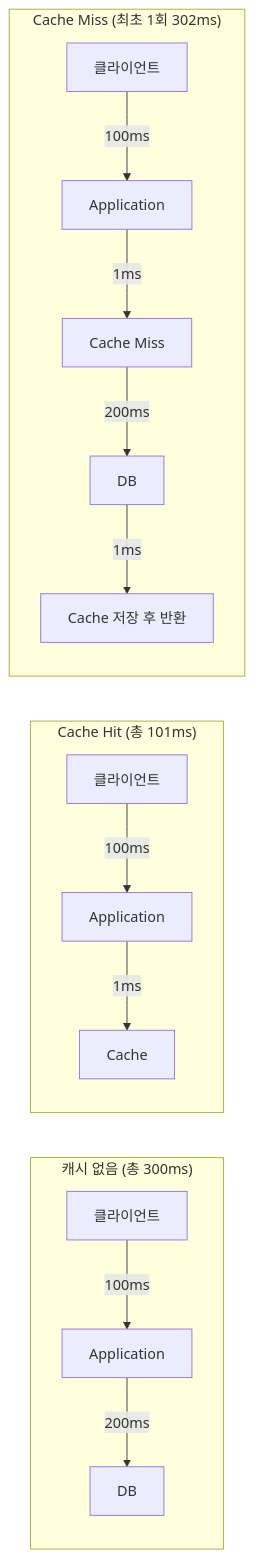
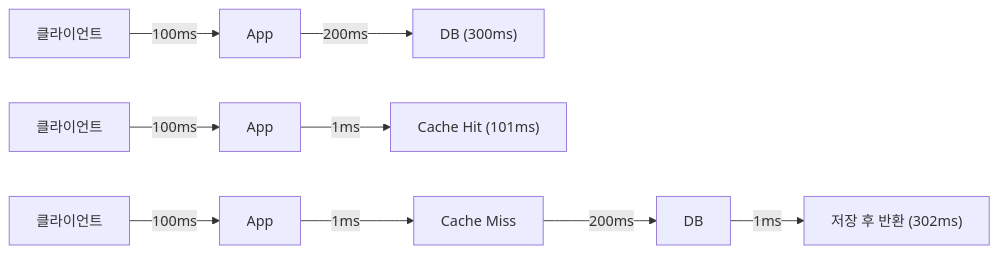
Before and after one commit to yjkim2015/yjkim2015.github.io: the first of 6 diagrams in _posts/caching/2026-05-01-caching-strategy.md, drawn with Mermaid. The commit also changed 215 other files, not shown here.

First line of the commit message:
신규 포스트 10개 추가 + Mermaid 전면 축소 + SystemDesign 시리즈 보강

````diff
--- a/_posts/caching/2026-05-01-caching-strategy.md
+++ b/_posts/caching/2026-05-01-caching-strategy.md
@@ -20,17 +20,7 @@
 ```mermaid
 graph LR
-    subgraph "캐시 없음 (총 300ms)"
-        C1["클라이언트"] -->|100ms| A1["Application"]
-        A1 -->|200ms| DB1["DB"]
-    end
-    subgraph "Cache Hit (총 101ms)"
-        C2["클라이언트"] -->|100ms| A2["Application"]
-        A2 -->|1ms| CACHE["Cache"]
-    end
-    subgraph "Cache Miss (최초 1회 302ms)"
-        C3["클라이언트"] -->|100ms| A3["Application"]
-        A3 -->|1ms| CM["Cache Miss"]
-        CM -->|200ms| DB3["DB"]
-        DB3 -->|1ms| STORE["Cache 저장 후 반환"]
-    end
+    C1["클라이언트"] -->|100ms| A1["App"] -->|200ms| DB1["DB (300ms)"]
+    C2["클라이언트"] -->|100ms| A2["App"] -->|1ms| CA["Cache Hit (101ms)"]
+    C3["클라이언트"] -->|100ms| A3["App"] -->|1ms| CM["Cache Miss"]
+    CM -->|200ms| DB3["DB"] -->|1ms| ST["저장 후 반환 (302ms)"]
 ```
````
